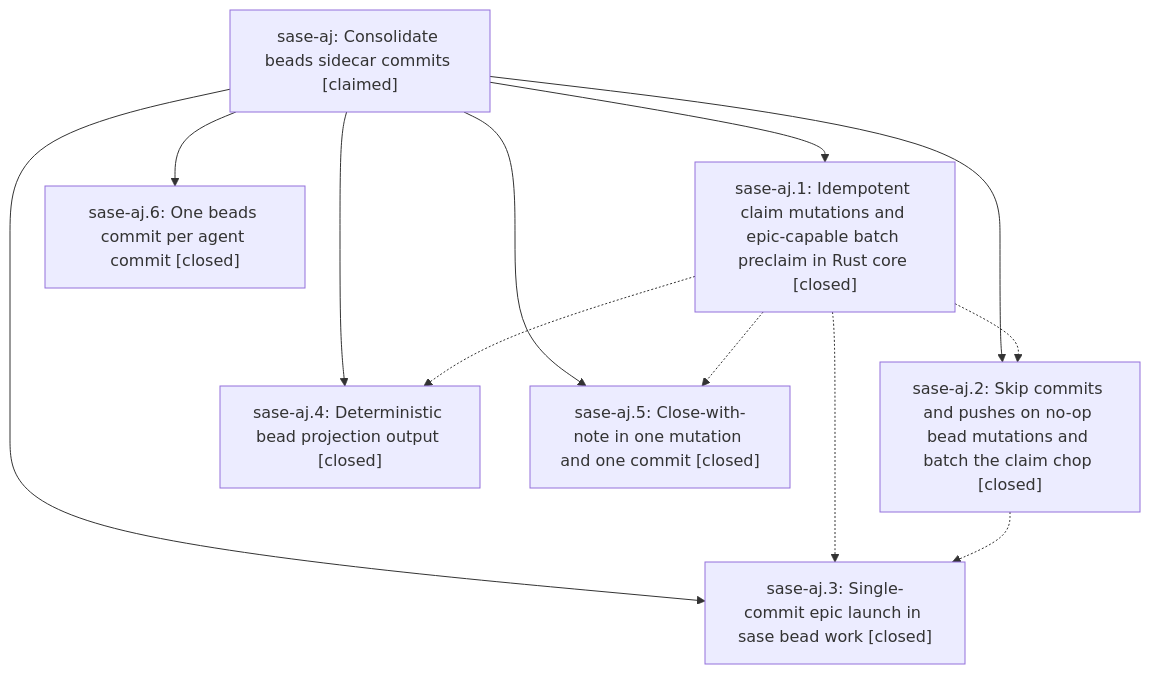
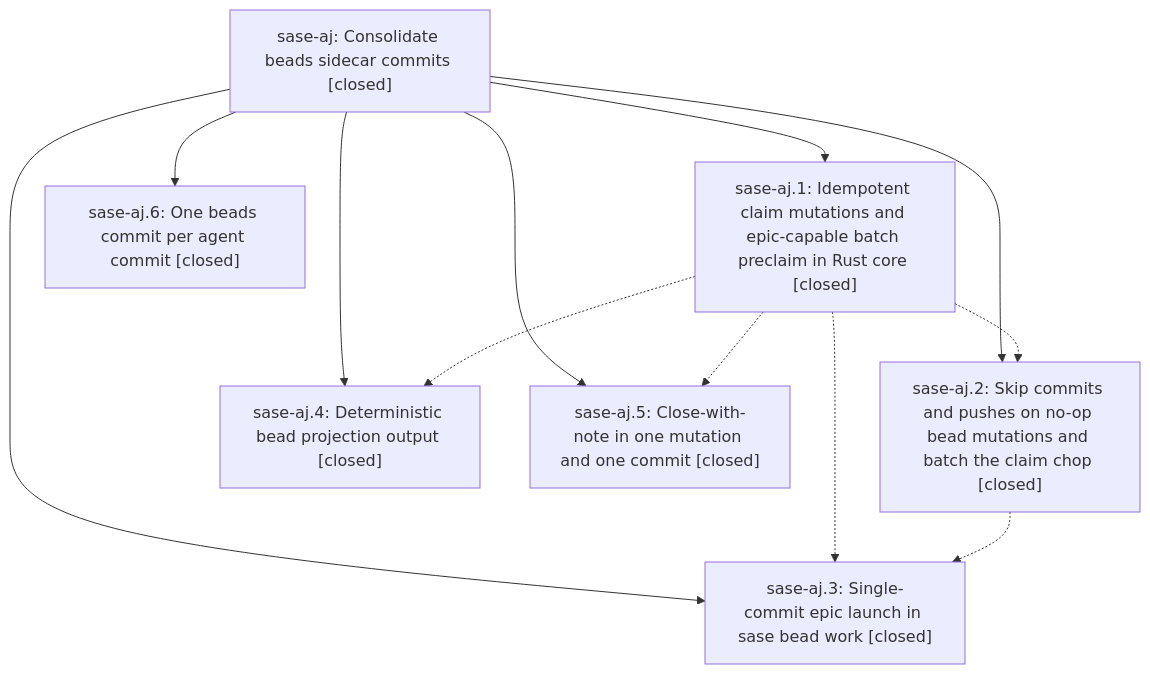
One commit to sase-org/sase--beads changed the diagram in pages/sase-aj/README.md. Above: the diagram before and after it, drawn with Mermaid. The commit also changed other lines of this file, not shown here.

First line of the commit message:
chore(beads): sync bead state and pages for sase-aj

````diff
--- a/pages/sase-aj/README.md
+++ b/pages/sase-aj/README.md
@@ -27,21 +31,21 @@
 ```mermaid
 flowchart TD
-    n0["sase-aj: Consolidate beads sidecar commits [claimed]"]
+    n0["sase-aj: Consolidate beads sidecar commits [closed]"]
     n1["sase-aj.1: Idempotent claim mutations and epic-capable batch preclaim in Rust core [closed]"]
     n2["sase-aj.2: Skip commits and pushes on no-op bead mutations and batch the claim chop [closed]"]
     n3["sase-aj.3: Single-commit epic launch in sase bead work [closed]"]
     n4["sase-aj.4: Deterministic bead projection output [closed]"]
     n5["sase-aj.5: Close-with-note in one mutation and one commit [closed]"]
     n6["sase-aj.6: One beads commit per agent commit [closed]"]
     n0 --> n1
     n0 --> n2
     n0 --> n3
     n0 --> n4
     n0 --> n5
     n0 --> n6
     n1 -.-> n2
     n1 -.-> n3
     n1 -.-> n4
     n1 -.-> n5
     n2 -.-> n3
 ```
````
